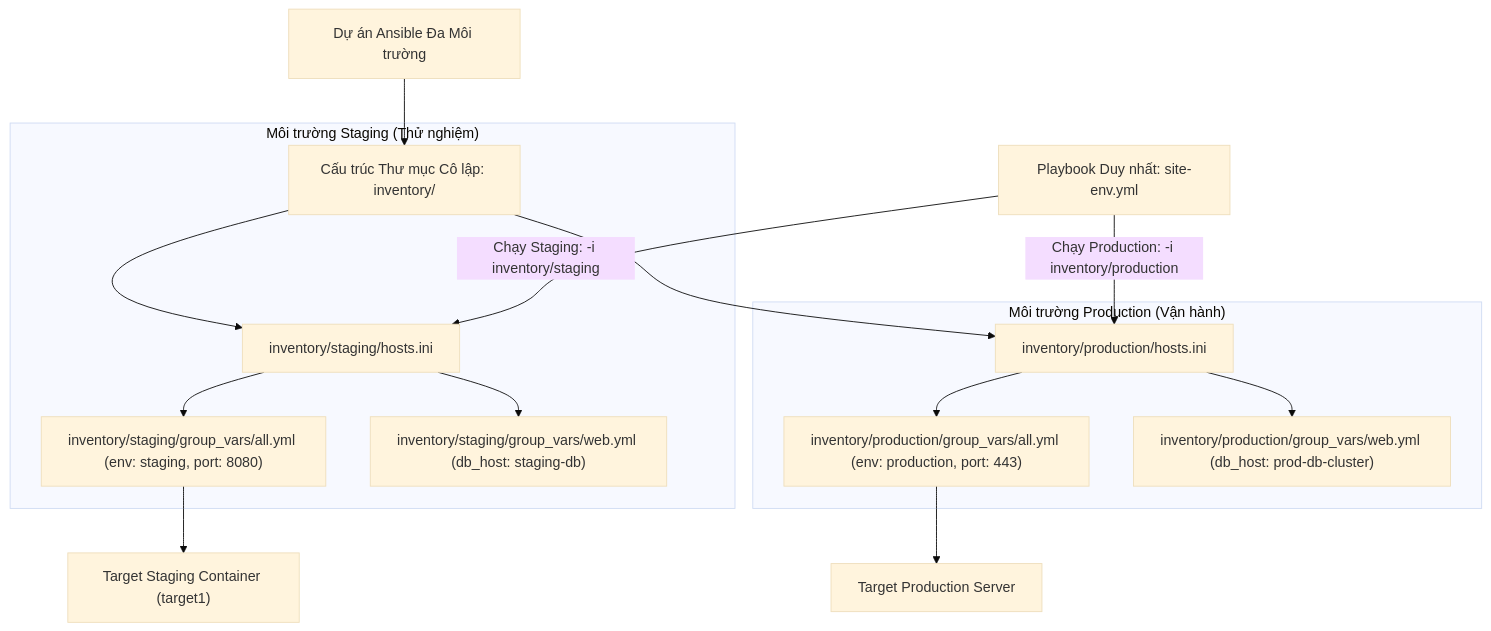
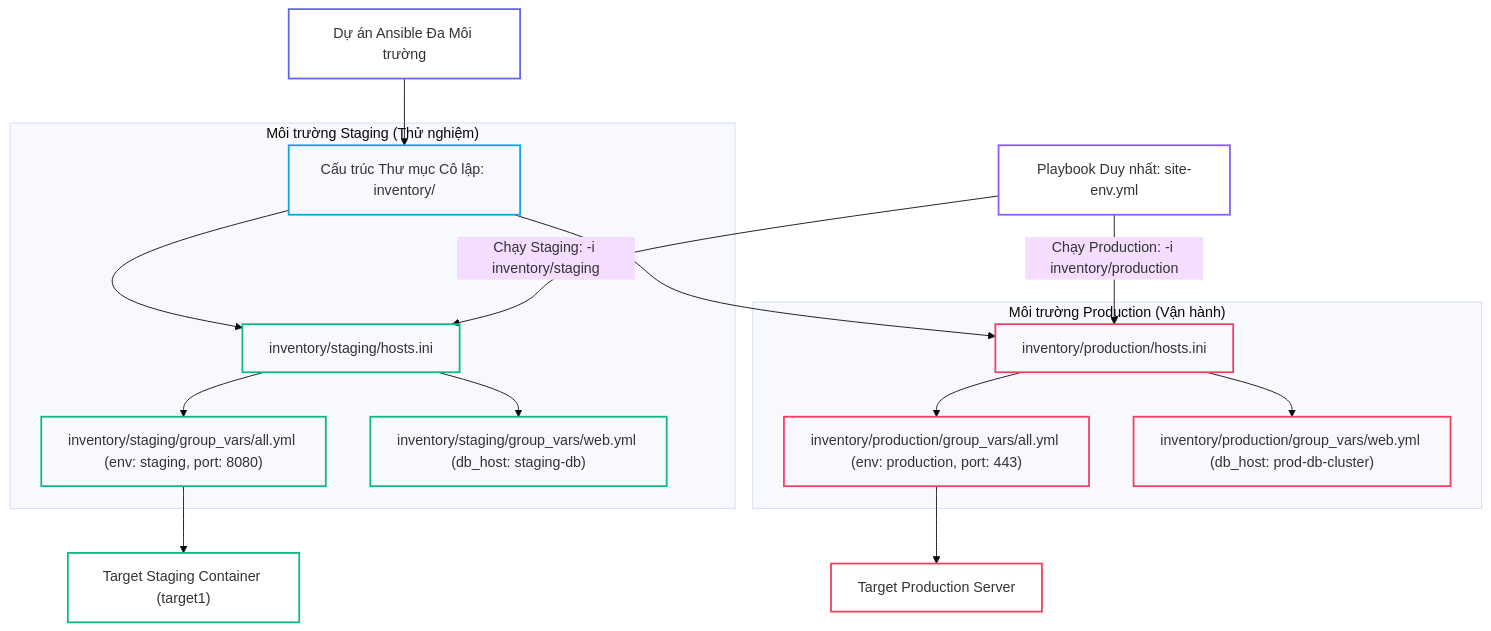
The first of 3 diagrams in _posts/2026-09-13-ansible-19-19-da-moi-truong-inventory.md (kiennt308/ntk), drawn with Mermaid (base theme) before and after one commit. The commit also changed other lines of this file and 30 other files, not shown here.

````diff
--- a/_posts/2026-09-13-ansible-19-19-da-moi-truong-inventory.md
+++ b/_posts/2026-09-13-ansible-19-19-da-moi-truong-inventory.md
@@ -82,22 +82,34 @@
 ```mermaid
 graph TD
     A["Dự án Ansible Đa Môi trường"] --> B["Cấu trúc Thư mục Cô lập: inventory/"]
     
     subgraph "Môi trường Staging (Thử nghiệm)"
         B --> C["inventory/staging/hosts.ini"]
         C --> D["inventory/staging/group_vars/all.yml (env: staging, port: 8080)"]
         C --> E["inventory/staging/group_vars/web.yml (db_host: staging-db)"]
     end
     
     subgraph "Môi trường Production (Vận hành)"
         B --> F["inventory/production/hosts.ini"]
         F --> G["inventory/production/group_vars/all.yml (env: production, port: 443)"]
         F --> H["inventory/production/group_vars/web.yml (db_host: prod-db-cluster)"]
     end
     
     I["Playbook Duy nhất: site-env.yml"] -->|"Chạy Staging: -i inventory/staging"| C
     I -->|"Chạy Production: -i inventory/production"| F
     
     D --> J["Target Staging Container (target1)"]
     G --> K["Target Production Server"]
+
+    style A fill:none,stroke:#6366f1,stroke-width:2px
+    style B fill:none,stroke:#0ea5e9,stroke-width:2px
+    style C fill:none,stroke:#10b981,stroke-width:2px
+    style D fill:none,stroke:#10b981,stroke-width:2px
+    style E fill:none,stroke:#10b981,stroke-width:2px
+    style F fill:none,stroke:#f43f5e,stroke-width:2px
+    style G fill:none,stroke:#f43f5e,stroke-width:2px
+    style H fill:none,stroke:#f43f5e,stroke-width:2px
+    style I fill:none,stroke:#8b5cf6,stroke-width:2px
+    style J fill:none,stroke:#10b981,stroke-width:2px
+    style K fill:none,stroke:#f43f5e,stroke-width:2px
 ```
````
